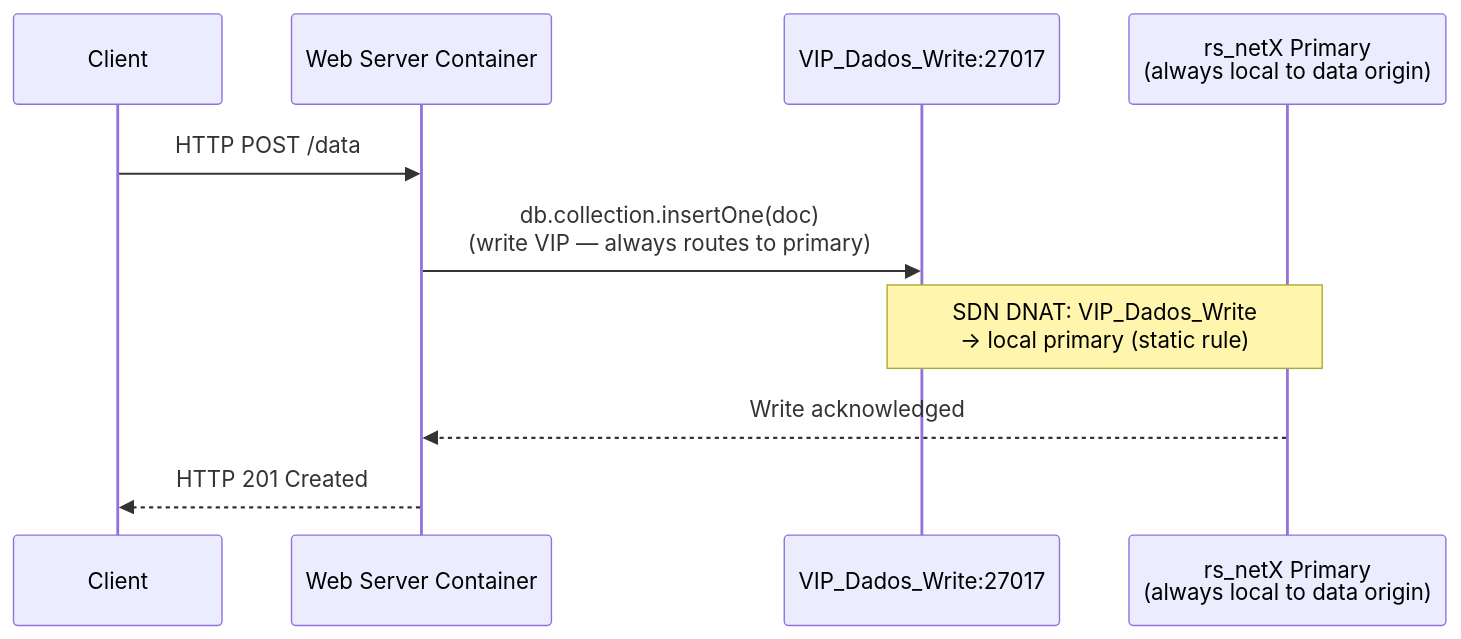
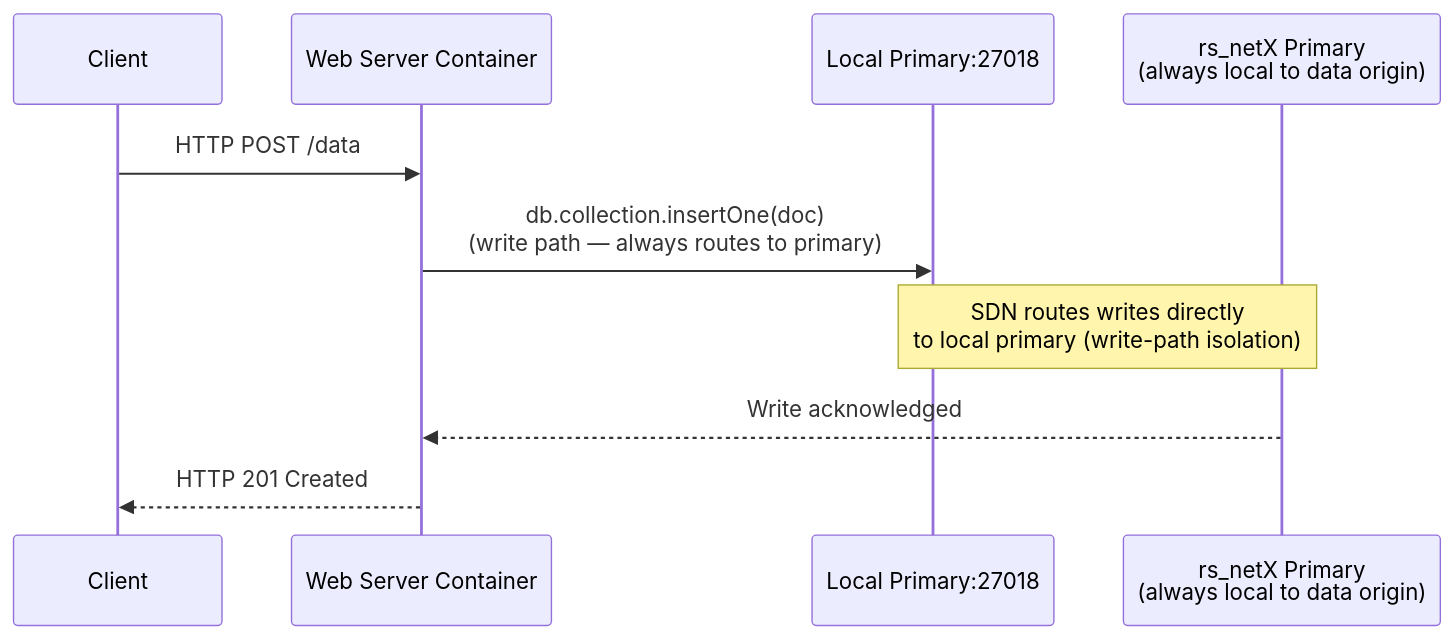
One commit to poioe20p/efficient-storage-in-edge-scenarios changed diagram 15 of 21 in docs/operation/system_scenarios.md. Above: the diagram before and after it, drawn with Mermaid. The commit also changed other lines of this file and 28 other files, not shown here.

Commit message:
- setup testing workload - setup http request with connection to db (made some fixes) wrong port and etc - controller was able to vip route both client http to server and server mongodb to db

````diff
--- a/docs/operation/system_scenarios.md
+++ b/docs/operation/system_scenarios.md
@@ -397,13 +396,13 @@
 ```mermaid
 sequenceDiagram
     participant Client
     participant Server as Web Server Container
-    participant VIPdw as VIP_Dados_Write:27017
+    participant VIPdw as Local Primary:27018
     participant Primary as rs_netX Primary<br/>(always local to data origin)
 
     Client->>Server: HTTP POST /data
-    Server->>VIPdw: db.collection.insertOne(doc)<br/>(write VIP — always routes to primary)
-    Note over VIPdw,Primary: SDN DNAT: VIP_Dados_Write<br/>→ local primary (static rule)
+    Server->>VIPdw: db.collection.insertOne(doc)<br/>(write path — always routes to primary)
+    Note over VIPdw,Primary: SDN routes writes directly<br/>to local primary (write-path isolation)
     Primary-->>Server: Write acknowledged
     Server-->>Client: HTTP 201 Created
 ```
````
